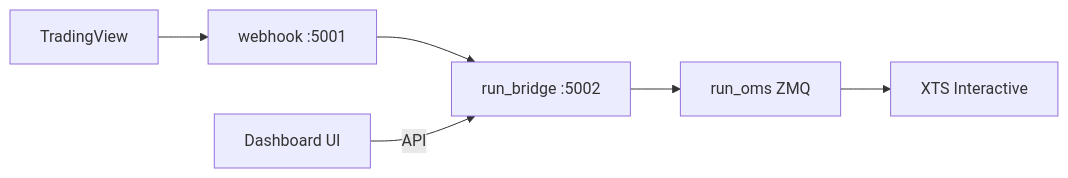
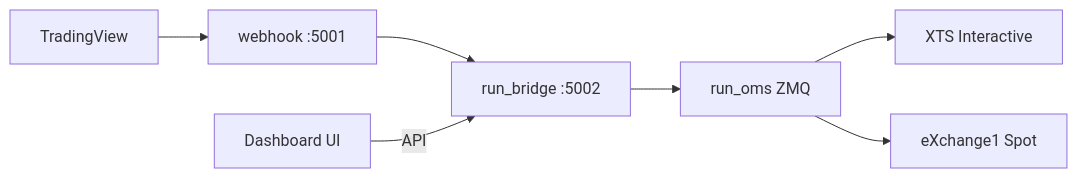
Before and after one commit to shubham-agarwal-techculture/trading-middleware-new: the diagram in README.md, drawn with Mermaid. The commit also changed other lines of this file and 31 other files, not shown here.

````diff
--- a/README.md
+++ b/README.md
@@ -40,8 +43,9 @@
 ```mermaid
 flowchart LR
   TV[TradingView] --> WH[webhook :5001]
   WH --> BR[run_bridge :5002]
   BR --> OMS[run_oms ZMQ]
   OMS --> XTS[XTS Interactive]
+  OMS --> EX1[eXchange1 Spot]
   DASH[Dashboard UI] -->|API| BR
 ```
````
